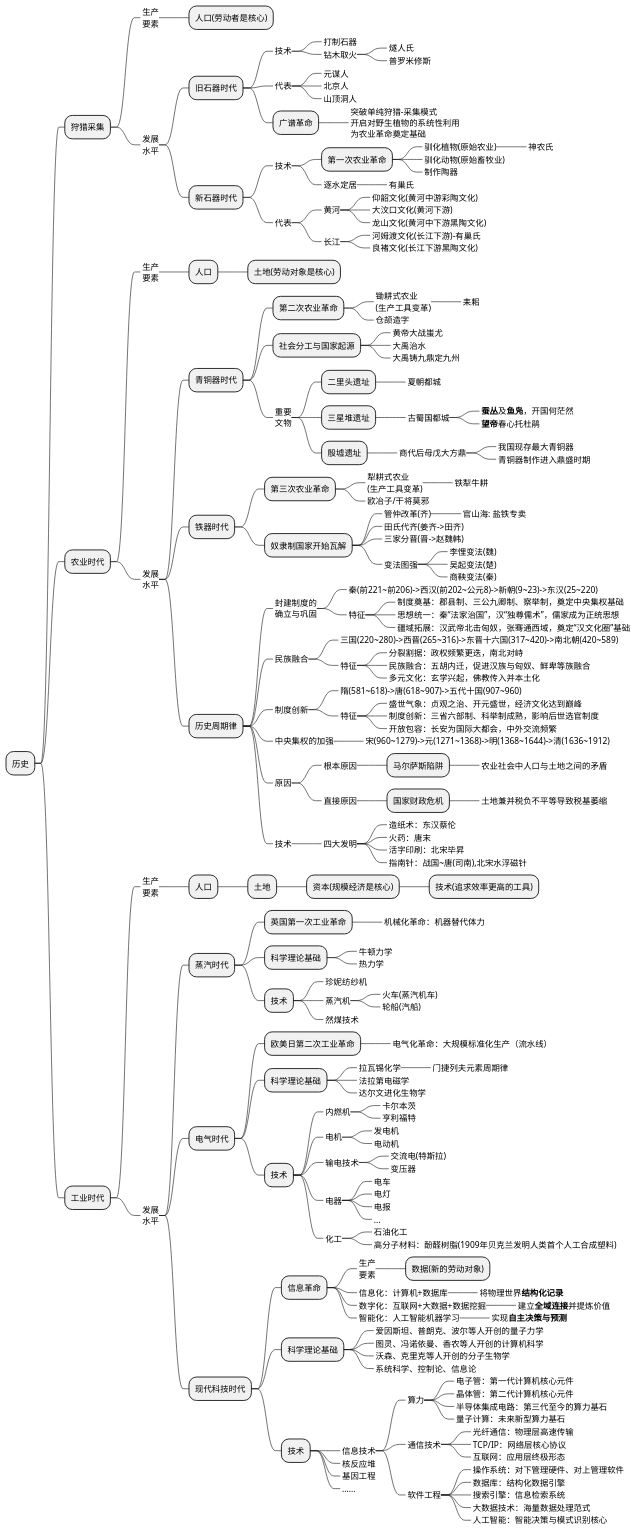
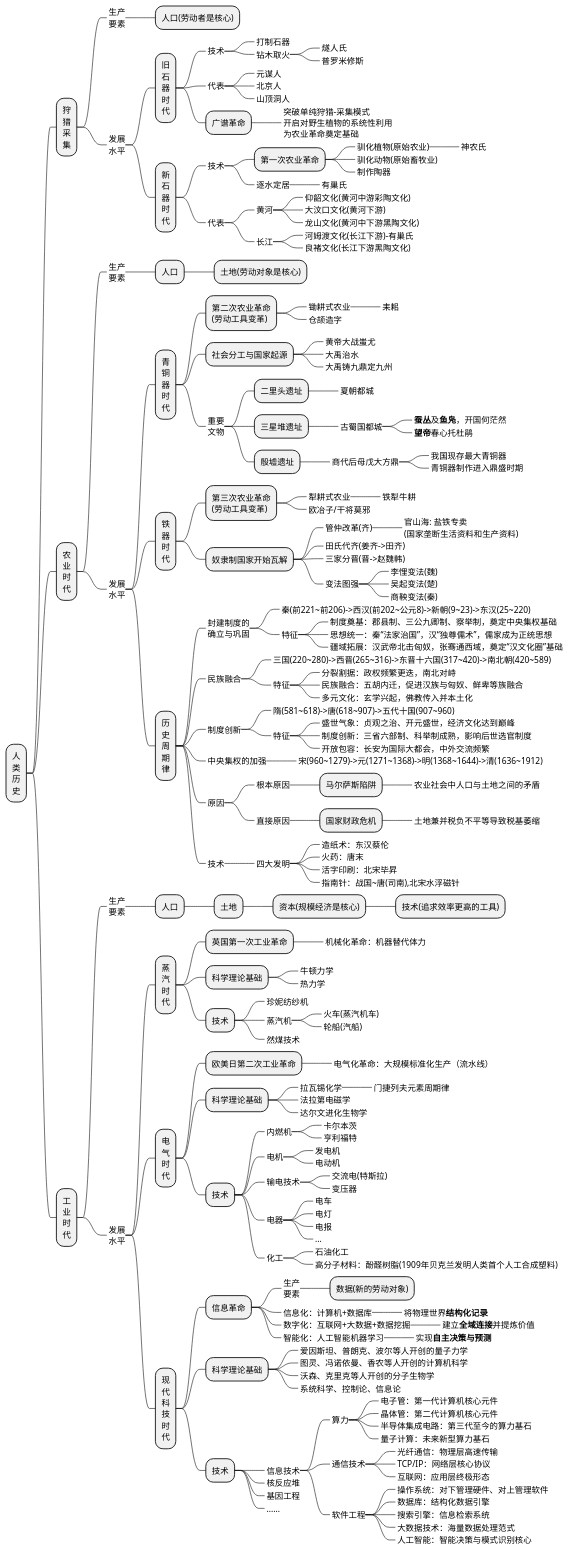
One commit to holmofy/blog.hufeifei.cn changed the first of 4 diagrams in source/_posts/economic/economic_and_history.md. Above: the diagram before and after it, drawn with PlantUML.

````diff
--- a/source/_posts/economic/economic_and_history.md
+++ b/source/_posts/economic/economic_and_history.md
@@ -20,11 +20,11 @@
 ```plantuml
 @startmindmap
-+ 历史
-++ 狩猎采集
++ 人\n类\n历\n史
+++ 狩\n猎\n采\n集
 +++_ 生产\n要素
 ++++ 人口(劳动者是核心)
 +++_ 发展\n水平
-++++ 旧石器时代
+++++ 旧\n石\n器\n时\n代
 +++++_ 技术
 ++++++_ 打制石器
 ++++++_ 钻木取火
@@ -36,7 +36,7 @@
 ++++++_ 山顶洞人
 +++++ 广谱革命
 ++++++_ 突破单纯狩猎-采集模式\n开启对野生植物的系统性利用\n为农业革命奠定基础
-++++ 新石器时代
+++++ 新\n石\n器\n时\n代
 +++++_ 技术
 ++++++ 第一次农业革命
 +++++++_ 驯化植物(原始农业)
@@ -53,14 +53,14 @@
 ++++++_ 长江
 +++++++_ 河姆渡文化(长江下游)-有巢氏
 +++++++_ 良褚文化(长江下游黑陶文化)
-++ 农业时代
+++ 农\n业\n时\n代
 +++_ 生产\n要素
 ++++ 人口
 +++++ 土地(劳动对象是核心)
 +++_ 发展\n水平
-++++ 青铜器时代
-+++++ 第二次农业革命
-++++++_ 锄耕式农业\n(生产工具变革)
+++++ 青\n铜\n器\n时\n代
++++++ 第二次农业革命\n(劳动工具变革)
+++++++_ 锄耕式农业
 +++++++_ 耒耜
 ++++++_ 仓颉造字
 +++++ 社会分工与国家起源
@@ -78,21 +78,21 @@
 +++++++_ 商代后母戊大方鼎
 ++++++++_ 我国现存最大青铜器
 ++++++++_ 青铜器制作进入鼎盛时期
-++++ 铁器时代
-+++++ 第三次农业革命
-++++++_ 犁耕式农业\n(生产工具变革)
+++++ 铁\n器\n时\n代
++++++ 第三次农业革命\n(劳动工具变革)
+++++++_ 犁耕式农业
 +++++++_ 铁犁牛耕
 ++++++_ 欧冶子/干将莫邪
 +++++ 奴隶制国家开始瓦解
 ++++++_ 管仲改革(齐)
-+++++++_ 官山海: 盐铁专卖
++++++++_ 官山海: 盐铁专卖\n(国家垄断生活资料和生产资料)
 ++++++_ 田氏代齐(姜齐->田齐)
 ++++++_ 三家分晋(晋->赵魏韩)
 ++++++_ 变法图强
 +++++++_ 李悝变法(魏)
 +++++++_ 吴起变法(楚)
 +++++++_ 商鞅变法(秦)
-++++ 历史周期律
+++++ 历\n史\n周\n期\n律
 +++++_ 封建制度的\n确立与巩固
 ++++++_ 秦(前221~前206)->西汉(前202~公元8)->新朝(9~23)->东汉(25~220)
 ++++++_ 特征
@@ -126,14 +126,14 @@
 +++++++_ 火药：唐末
 +++++++_ 活字印刷：北宋毕昇
 +++++++_ 指南针：战国~唐(司南),北宋水浮磁针
-++ 工业时代
+++ 工\n业\n时\n代
 +++_ 生产\n要素
 ++++ 人口
 +++++ 土地
 ++++++ 资本(规模经济是核心)
 +++++++ 技术(追求效率更高的工具)
 +++_ 发展\n水平
-++++ 蒸汽时代
+++++ 蒸\n汽\n时\n代
 +++++ 英国第一次工业革命
 ++++++_ 机械化革命：机器替代体力
 +++++ 科学理论基础
@@ -145,7 +145,7 @@
 +++++++_ 火车(蒸汽机车)
 +++++++_ 轮船(汽船)
 ++++++_ 然煤技术
-++++ 电气时代
+++++ 电\n气\n时\n代
 +++++ 欧美日第二次工业革命
 ++++++_ 电气化革命：大规模标准化生产（流水线）
 +++++ 科学理论基础
@@ -171,7 +171,7 @@
 ++++++_ 化工
 +++++++_ 石油化工
 +++++++_ 高分子材料：酚醛树脂(1909年贝克兰发明人类首个人工合成塑料)
-++++ 现代科技时代
+++++ 现\n代\n科\n技\n时\n代
 +++++ 信息革命
 ++++++_ 生产\n要素
 +++++++ 数据(新的劳动对象)
````
